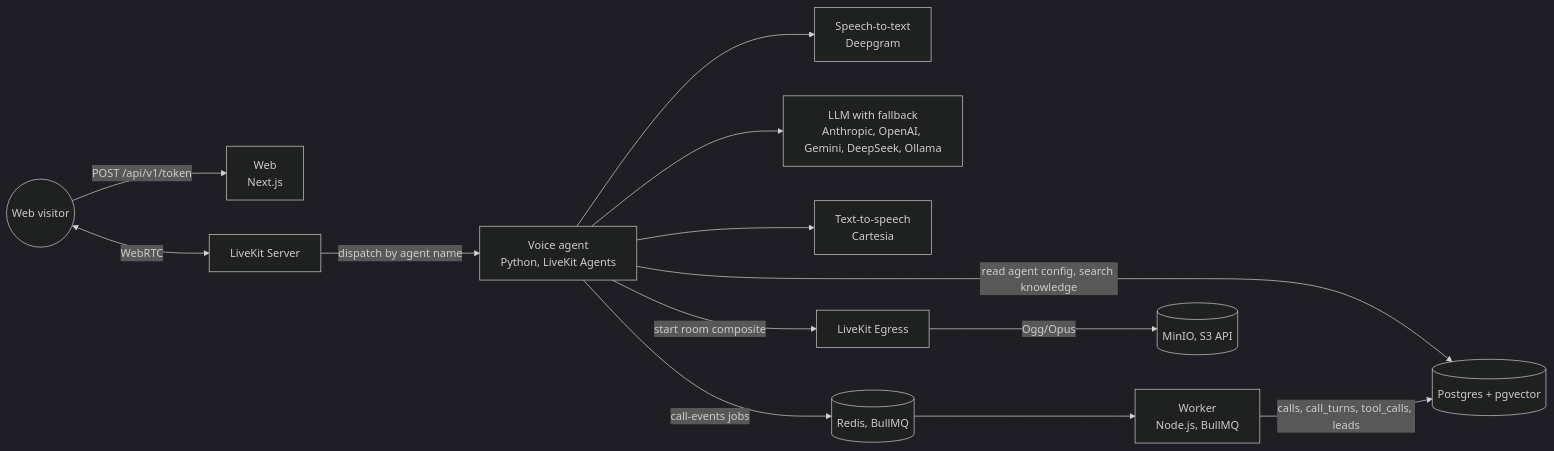
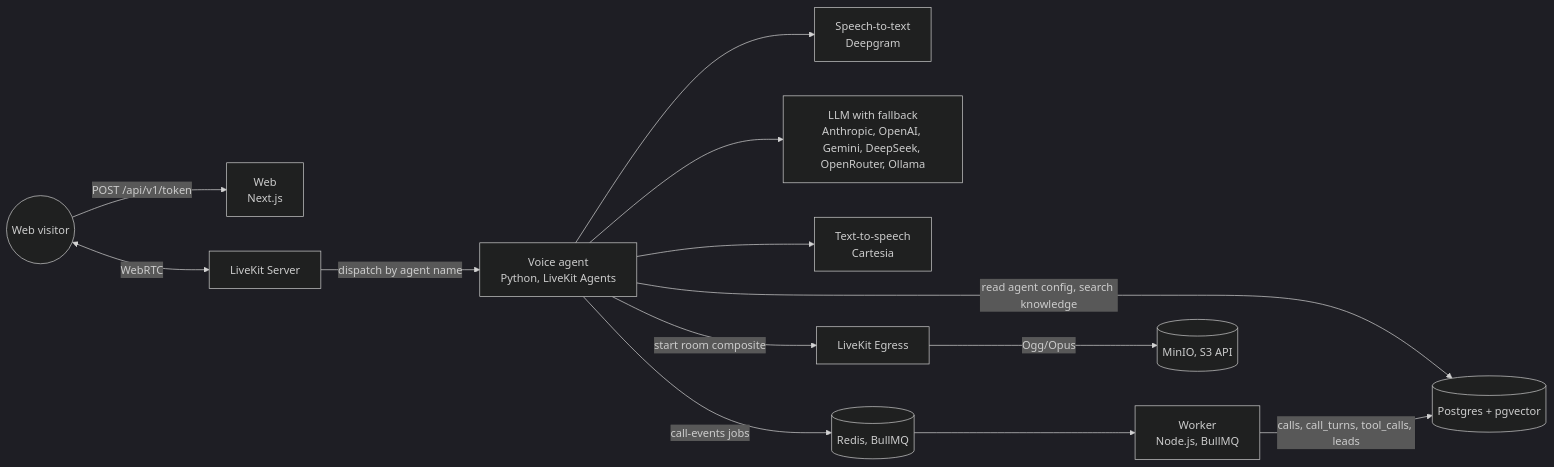
The first of 3 diagrams in docs/architecture.md (khantseithu/answerline), drawn with Mermaid (dark theme) before and after one commit. The commit also changed other lines of this file and 14 other files, not shown here.

First line of the commit message:
feat(agent): add openrouter as an llm provider

````diff
--- a/docs/architecture.md
+++ b/docs/architecture.md
@@ -18,18 +18,18 @@
 ```mermaid
 flowchart LR
     Browser((Web visitor)) -->|"POST /api/v1/token"| Web["Web<br/>Next.js"]
     Browser <-->|WebRTC| LK["LiveKit Server"]
     LK -->|"dispatch by agent name"| Agent["Voice agent<br/>Python, LiveKit Agents"]
 
     Agent --> STT["Speech-to-text<br/>Deepgram"]
-    Agent --> LLM["LLM with fallback<br/>Anthropic, OpenAI, Gemini, DeepSeek, Ollama"]
+    Agent --> LLM["LLM with fallback<br/>Anthropic, OpenAI, Gemini, DeepSeek, OpenRouter, Ollama"]
     Agent --> TTS["Text-to-speech<br/>Cartesia"]
     Agent -->|"read agent config, search knowledge"| DB[(Postgres + pgvector)]
 
     Agent -->|"call-events jobs"| Redis[(Redis, BullMQ)]
     Redis --> Worker["Worker<br/>Node.js, BullMQ"]
     Worker -->|"calls, call_turns, tool_calls, leads"| DB
 
     Agent -->|"start room composite"| Egress["LiveKit Egress"]
     Egress -->|"Ogg/Opus"| S3[(MinIO, S3 API)]
 ```
````
